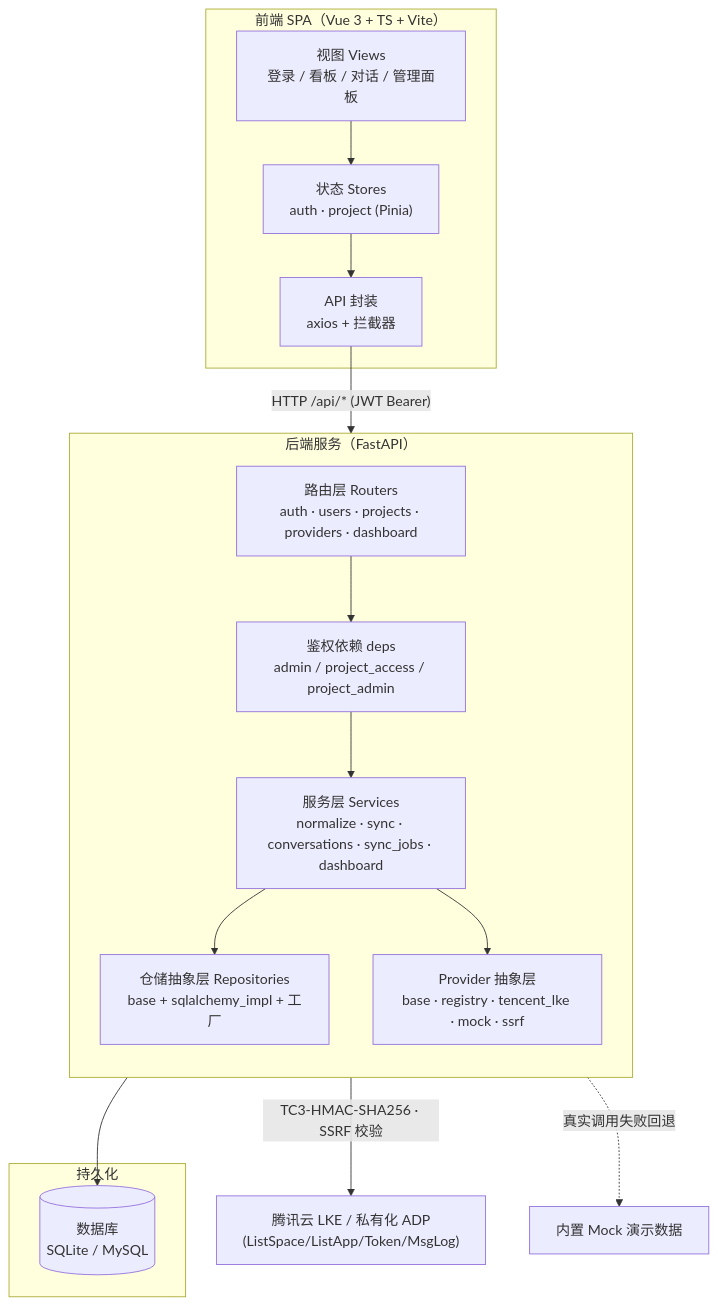
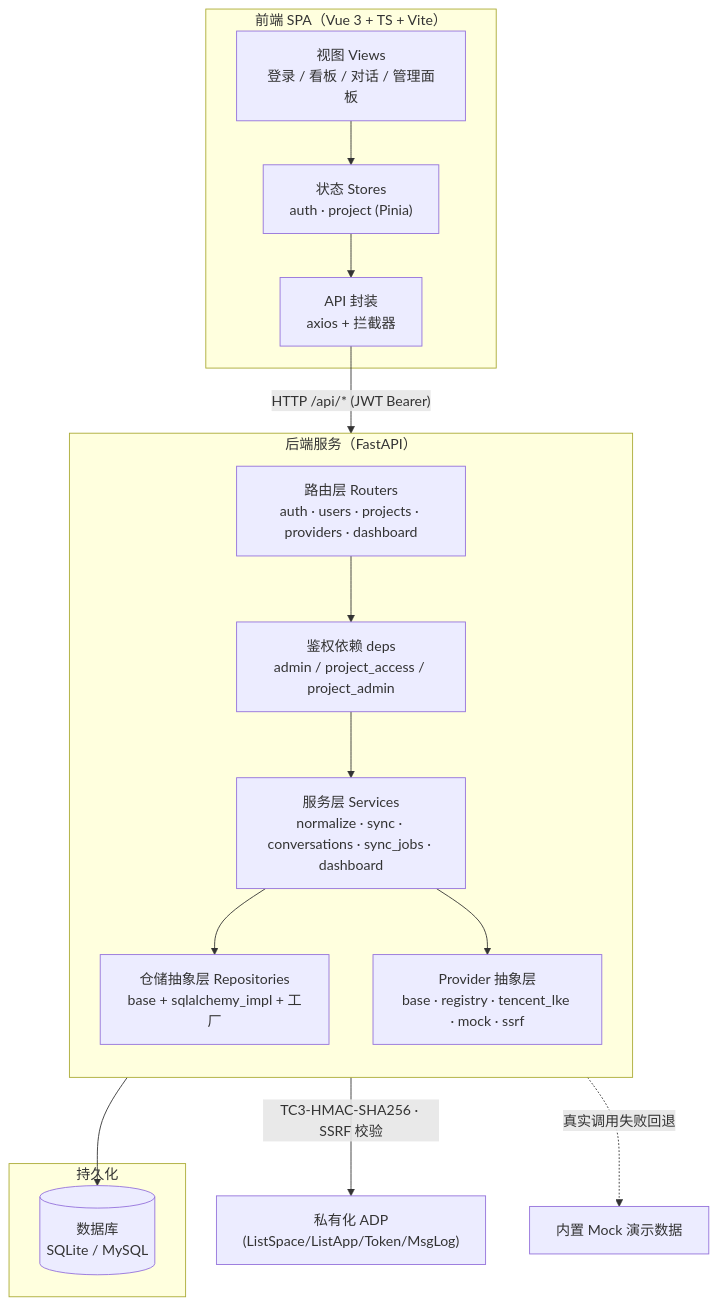
Before and after one commit to yaoice/agent-hub: the first of 4 diagrams in README.md, drawn with Mermaid. The commit also changed other lines of this file and 26 other files, not shown here.

````diff
--- a/README.md
+++ b/README.md
@@ -70,32 +78,32 @@
 ```mermaid
 flowchart TB
     subgraph Client["前端 SPA（Vue 3 + TS + Vite）"]
         V1["视图 Views<br/>登录 / 看板 / 对话 / 管理面板"]
         ST["状态 Stores<br/>auth · project (Pinia)"]
         API["API 封装<br/>axios + 拦截器"]
         V1 --> ST --> API
     end
 
     subgraph Backend["后端服务（FastAPI）"]
         direction TB
         R["路由层 Routers<br/>auth · users · projects · providers · dashboard"]
         DEP["鉴权依赖 deps<br/>admin / project_access / project_admin"]
         SVC["服务层 Services<br/>normalize · sync · conversations · sync_jobs · dashboard"]
         REPO["仓储抽象层 Repositories<br/>base + sqlalchemy_impl + 工厂"]
         PRD["Provider 抽象层<br/>base · registry · tencent_lke · mock · ssrf"]
         R --> DEP --> SVC
         SVC --> REPO
         SVC --> PRD
     end
 
     subgraph Store["持久化"]
         DB[("数据库<br/>SQLite / MySQL")]
     end
 
-    Cloud["腾讯云 LKE / 私有化 ADP<br/>(ListSpace/ListApp/Token/MsgLog)"]
+    Cloud["私有化 ADP<br/>(ListSpace/ListApp/Token/MsgLog)"]
 
     API -->|"HTTP /api/*  (JWT Bearer)"| R
     REPO --> DB
     PRD -->|"TC3-HMAC-SHA256 · SSRF 校验"| Cloud
     PRD -.->|真实调用失败回退| Mock["内置 Mock 演示数据"]
 ```
````
